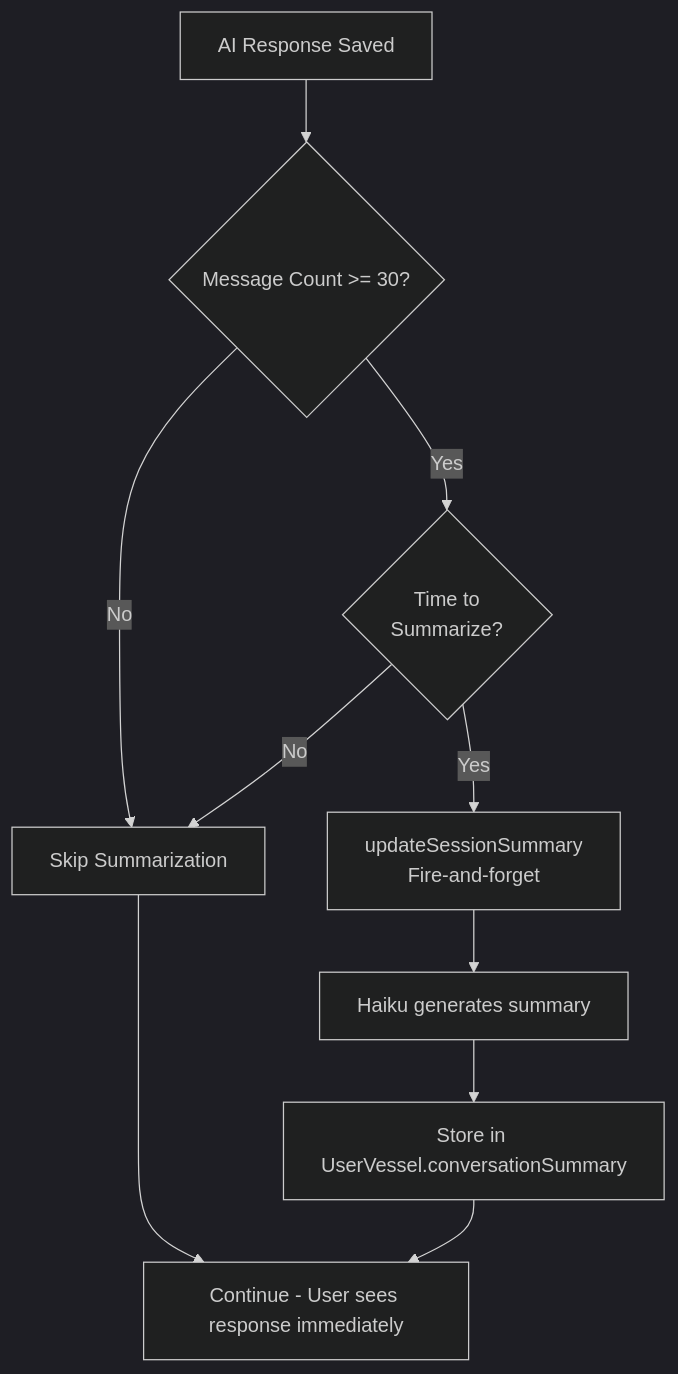
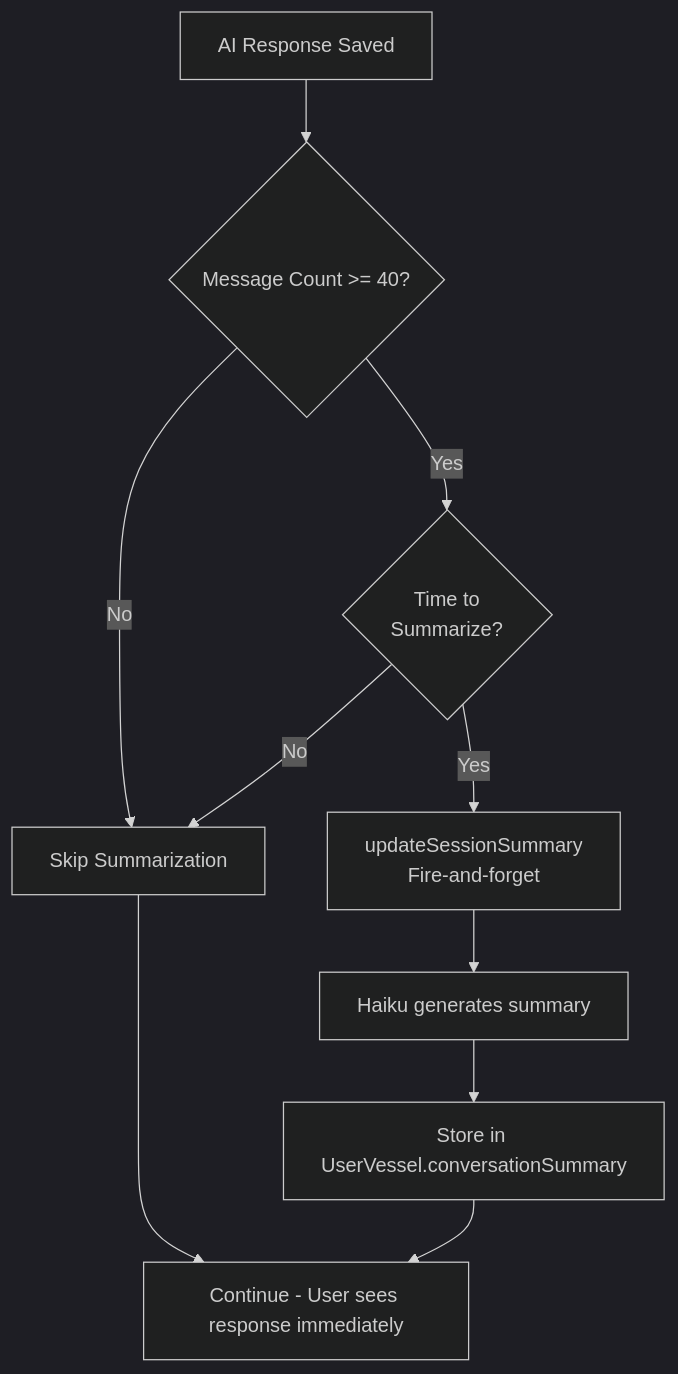
Diagram 13 of 17 in docs/backend/prompting-architecture.md (shantamg/meet-without-fear), drawn with Mermaid (dark theme) before and after one commit. The commit also changed other lines of this file and 15 other files, not shown here.

````diff
--- a/docs/backend/prompting-architecture.md
+++ b/docs/backend/prompting-architecture.md
@@ -637,13 +635,13 @@
 ```mermaid
 graph TD
-    START[AI Response Saved] --> CHECK{Message Count >= 30?}
+    START[AI Response Saved] --> CHECK{Message Count >= 40?}
     CHECK -->|No| SKIP[Skip Summarization]
     CHECK -->|Yes| CHECK_INTERVAL{Time to<br/>Summarize?}
     CHECK_INTERVAL -->|No| SKIP
     CHECK_INTERVAL -->|Yes| SUMMARIZE[updateSessionSummary<br/>Fire-and-forget]
 
     SUMMARIZE --> HAIKU[Haiku generates summary]
     HAIKU --> STORE[Store in UserVessel.conversationSummary]
     SKIP --> CONTINUE[Continue - User sees response immediately]
     STORE --> CONTINUE
 ```
````
